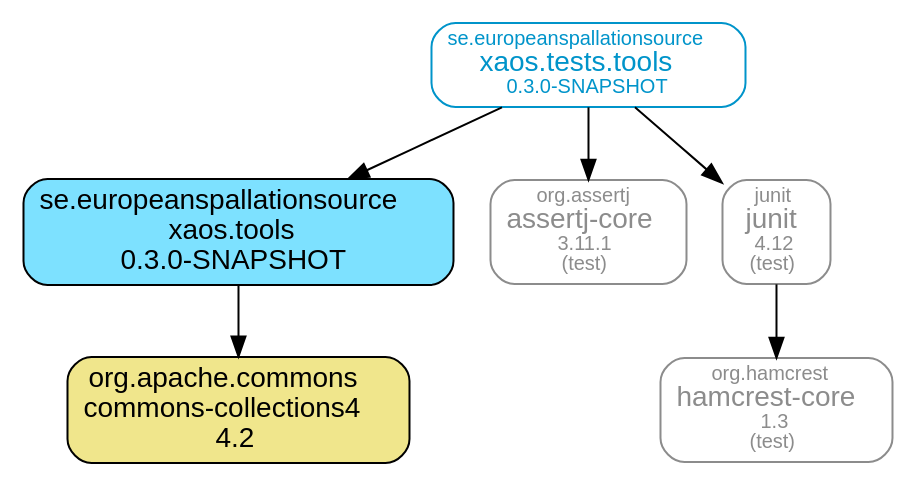
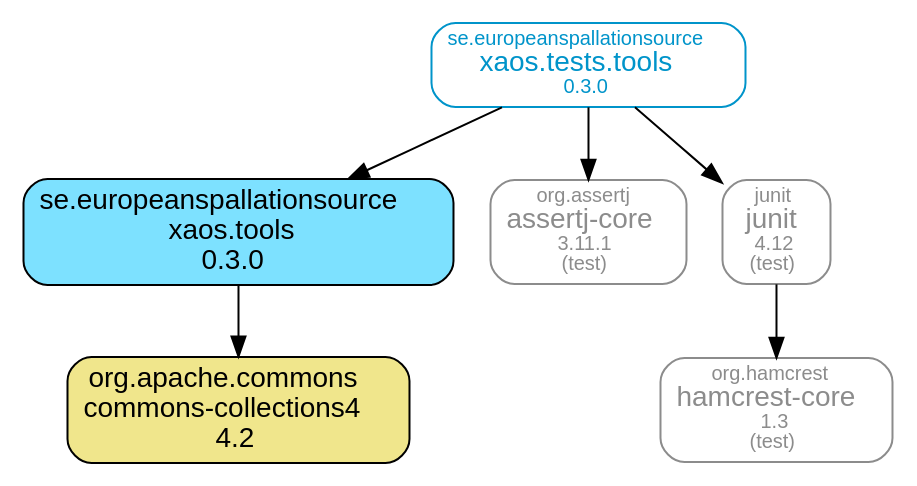
Before and after one commit to ESSICS/XAOS: the diagram in xaos.tests.tools.module/doc/maven-dependencies.dot, drawn with Graphviz. The commit also changed 15 other files, not shown here.

```diff
--- a/xaos.tests.tools.module/doc/maven-dependencies.dot
+++ b/xaos.tests.tools.module/doc/maven-dependencies.dot
@@ -1,19 +1,19 @@
 digraph "xaos.tests.tools" {
   node [shape="box",style="rounded",fontname="Helvetica",fontsize="14"]
   edge [fontsize="10",fontname="Helvetica"]
 
   // Node Definitions:
-  "se.europeanspallationsource:xaos.tools:jar"[shape="box",style="rounded, filled",fillcolor="#7DE1FF",label=<se.europeanspallationsource<br/>xaos.tools<br/>0.3.0-SNAPSHOT>]
+  "se.europeanspallationsource:xaos.tools:jar"[shape="box",style="rounded, filled",fillcolor="#7DE1FF",label=<se.europeanspallationsource<br/>xaos.tools<br/>0.3.0>]
   "org.apache.commons:commons-collections4:jar"[shape="box",style="rounded, filled",fillcolor="khaki",label=<org.apache.commons<br/>commons-collections4<br/>4.2>]
-  "se.europeanspallationsource:xaos.tests.tools:jar"[shape="box",style="rounded",color="#0094CA",fontname="Helvetica",fontsize="14",fontcolor="#0094CA",label=<<font color="#0094CA" point-size="10">se.europeanspallationsource</font><br/>xaos.tests.tools<font color="#0094CA" point-size="10"><br/>0.3.0-SNAPSHOT</font>>]
+  "se.europeanspallationsource:xaos.tests.tools:jar"[shape="box",style="rounded",color="#0094CA",fontname="Helvetica",fontsize="14",fontcolor="#0094CA",label=<<font color="#0094CA" point-size="10">se.europeanspallationsource</font><br/>xaos.tests.tools<font color="#0094CA" point-size="10"><br/>0.3.0</font>>]
   "org.assertj:assertj-core:jar"[shape="box",style="rounded",color="grey55",fontname="Helvetica",fontsize="14",fontcolor="grey55",label=<<font color="grey55" point-size="10">org.assertj</font><br/>assertj-core<font color="grey55" point-size="10"><br/>3.11.1</font><font color="grey55" point-size="10"><br/>(test)</font>>]
   "junit:junit:jar"[shape="box",style="rounded",color="grey55",fontname="Helvetica",fontsize="14",fontcolor="grey55",label=<<font color="grey55" point-size="10">junit</font><br/>junit<font color="grey55" point-size="10"><br/>4.12</font><font color="grey55" point-size="10"><br/>(test)</font>>]
   "org.hamcrest:hamcrest-core:jar"[shape="box",style="rounded",color="grey55",fontname="Helvetica",fontsize="14",fontcolor="grey55",label=<<font color="grey55" point-size="10">org.hamcrest</font><br/>hamcrest-core<font color="grey55" point-size="10"><br/>1.3</font><font color="grey55" point-size="10"><br/>(test)</font>>]
 
   // Edge Definitions:
   "se.europeanspallationsource:xaos.tools:jar" -> "org.apache.commons:commons-collections4:jar"
   "se.europeanspallationsource:xaos.tests.tools:jar" -> "se.europeanspallationsource:xaos.tools:jar"
   "se.europeanspallationsource:xaos.tests.tools:jar" -> "org.assertj:assertj-core:jar"
   "junit:junit:jar" -> "org.hamcrest:hamcrest-core:jar"
   "se.europeanspallationsource:xaos.tests.tools:jar" -> "junit:junit:jar"
 }
```
